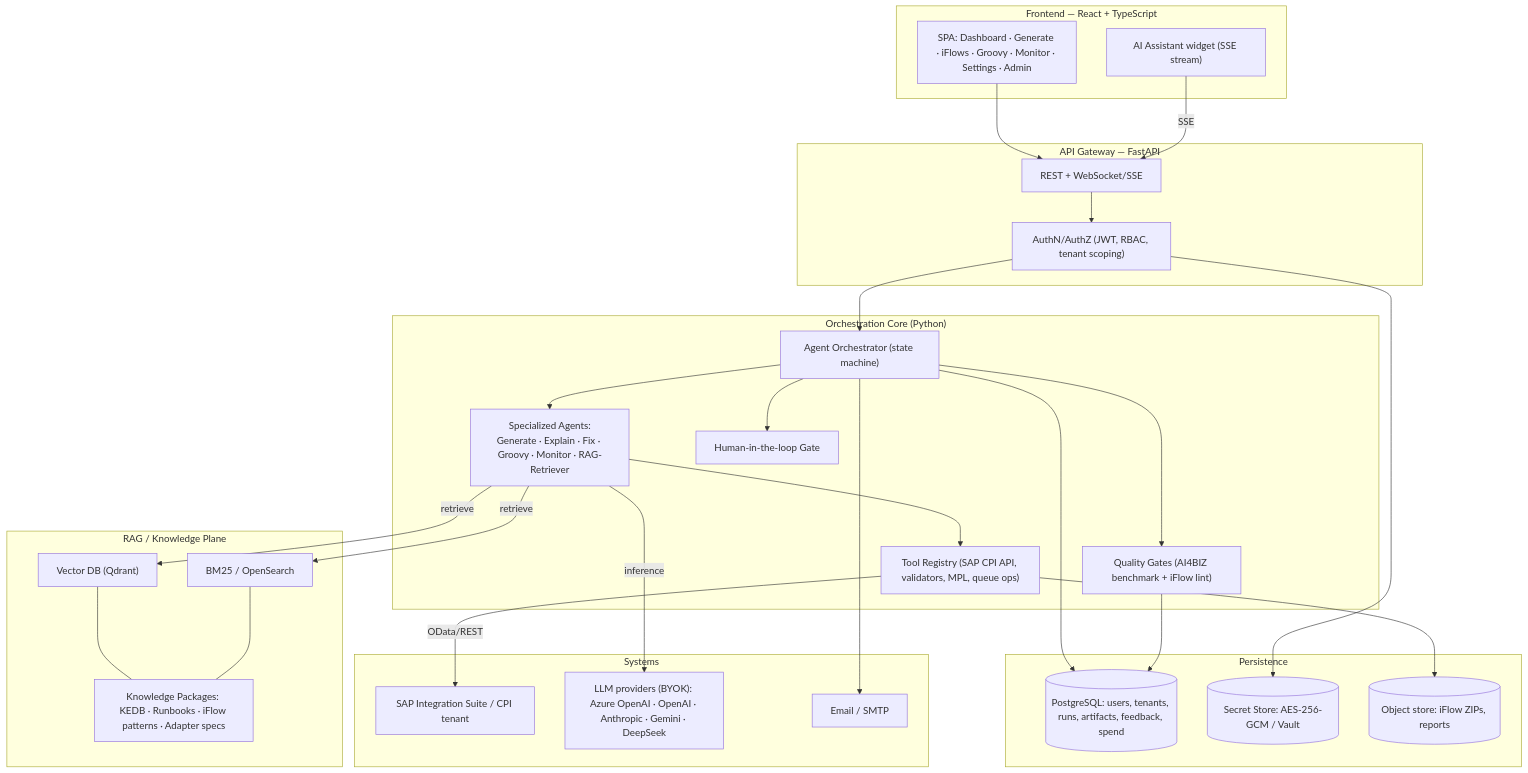
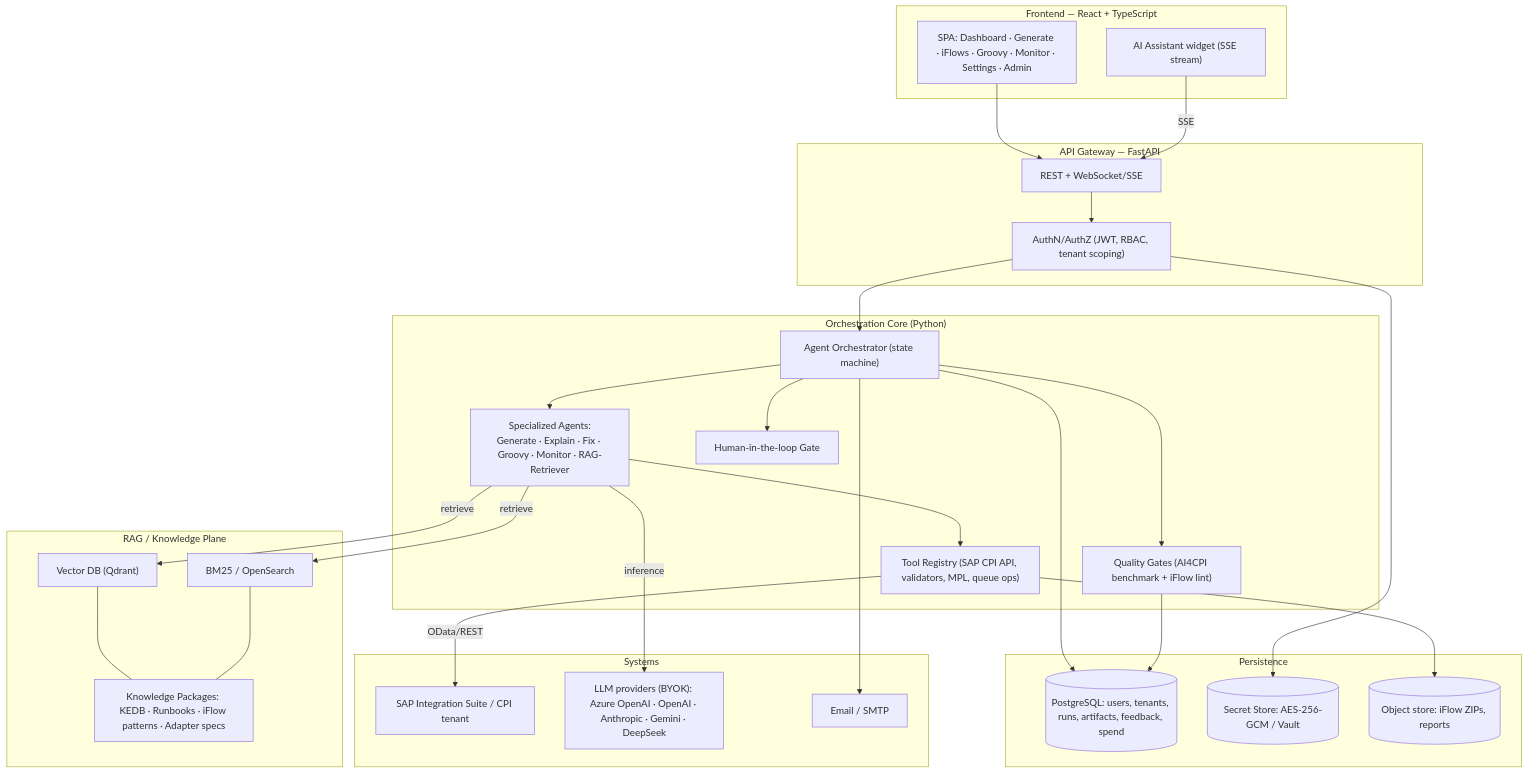
One commit to ilrexho2011/RCA-SAP-Cloud-Integration-Smart-Copilot changed the first of 4 diagrams in docs/ROADMAP.md. Above: the diagram before and after it, drawn with Mermaid. The commit also changed other lines of this file, not shown here.

Commit message:
Update ROADMAP.md for AI4CPI enhancements

````diff
--- a/docs/ROADMAP.md
+++ b/docs/ROADMAP.md
@@ -54,54 +54,54 @@
 ```mermaid
 flowchart TB
     subgraph Client["Frontend — React + TypeScript"]
         UI["SPA: Dashboard · Generate · iFlows · Groovy · Monitor · Settings · Admin"]
         Chat["AI Assistant widget (SSE stream)"]
     end
 
     subgraph Edge["API Gateway — FastAPI"]
         REST["REST + WebSocket/SSE"]
         Authn["AuthN/AuthZ (JWT, RBAC, tenant scoping)"]
     end
 
     subgraph Core["Orchestration Core (Python)"]
         ORCH["Agent Orchestrator (state machine)"]
         AGENTS["Specialized Agents:<br/>Generate · Explain · Fix · Groovy · Monitor · RAG-Retriever"]
         TOOLS["Tool Registry (SAP CPI API, validators, MPL, queue ops)"]
         HITL["Human-in-the-loop Gate"]
-        GATES["Quality Gates (AI4BIZ benchmark + iFlow lint)"]
+        GATES["Quality Gates (AI4CPI benchmark + iFlow lint)"]
     end
 
     subgraph Knowledge["RAG / Knowledge Plane"]
         VEC["Vector DB (Qdrant)"]
         BM25["BM25 / OpenSearch"]
         KB["Knowledge Packages: KEDB · Runbooks · iFlow patterns · Adapter specs"]
     end
 
     subgraph Data["Persistence"]
         PG[("PostgreSQL: users, tenants, runs, artifacts, feedback, spend")]
         SEC[("Secret Store: AES-256-GCM / Vault")]
         OBJ[("Object store: iFlow ZIPs, reports")]
     end
 
     subgraph External["Systems"]
         CPI["SAP Integration Suite / CPI tenant"]
         LLM["LLM providers (BYOK): Azure OpenAI · OpenAI · Anthropic · Gemini · DeepSeek"]
         MAIL["Email / SMTP"]
     end
 
     UI --> REST
     Chat -->|SSE| REST
     REST --> Authn --> ORCH
     ORCH --> AGENTS --> TOOLS
     ORCH --> HITL
     ORCH --> GATES
     AGENTS -->|retrieve| VEC & BM25
     VEC & BM25 --- KB
     TOOLS -->|OData/REST| CPI
     AGENTS -->|inference| LLM
     ORCH --> PG
     Authn --> SEC
     GATES --> PG
     TOOLS --> OBJ
     ORCH --> MAIL
 ```
````
